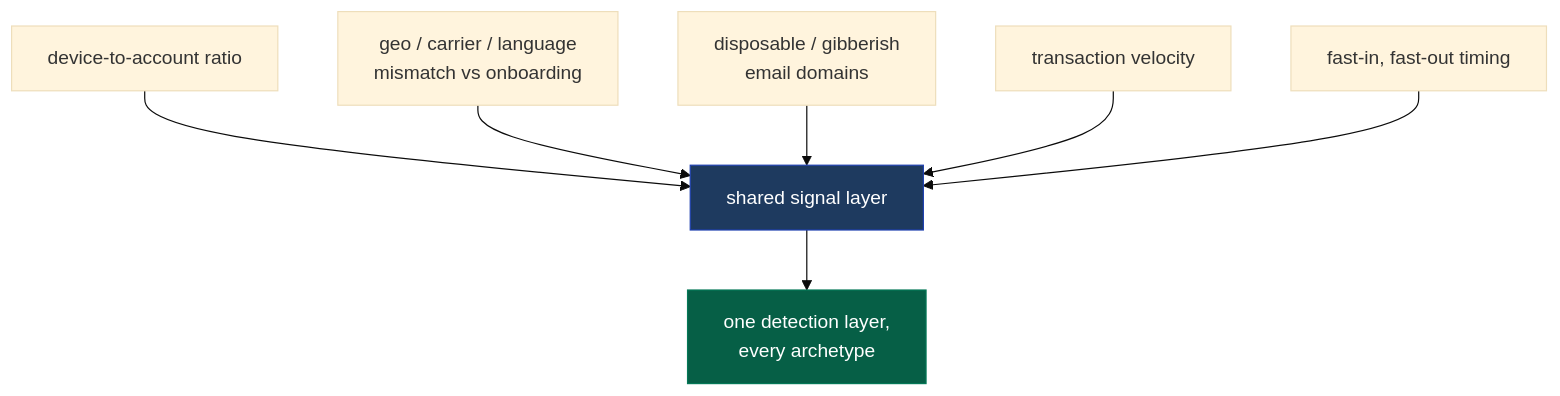
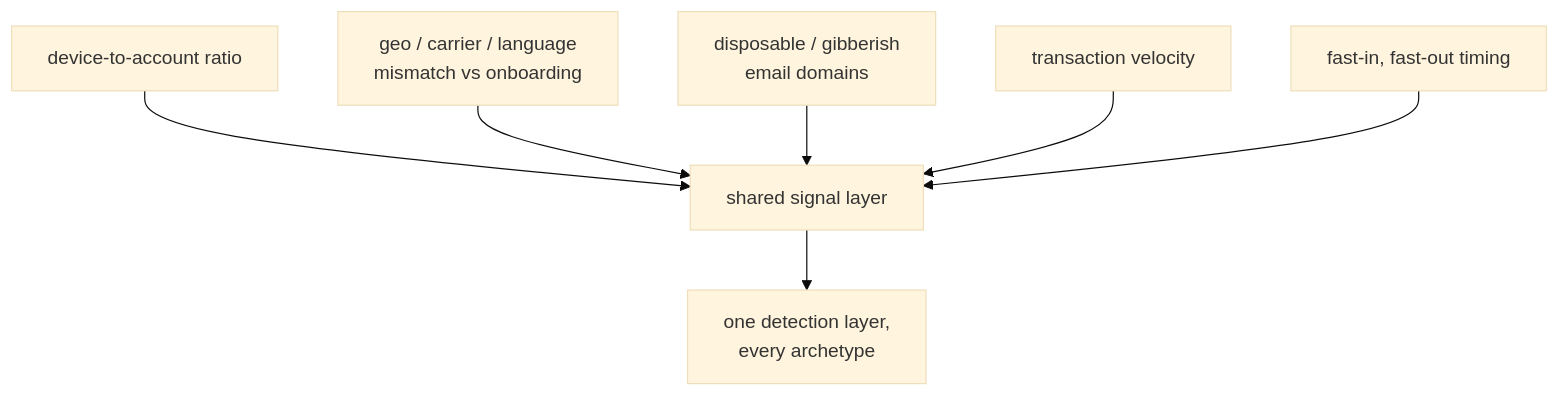
One commit to pradhann/np changed the second of 2 diagrams in content/work/the-fraud-archetypes.mdx. Above: the diagram before and after it, drawn with Mermaid (base theme). The commit also changed other lines of this file and 37 other files, not shown here.

````diff
--- a/content/work/the-fraud-archetypes.mdx
+++ b/content/work/the-fraud-archetypes.mdx
@@ -41,12 +36,9 @@
 ```mermaid
 flowchart TB
     S1["device-to-account ratio"] --> F["shared signal layer"]
     S2["geo / carrier / language<br/>mismatch vs onboarding"] --> F
     S3["disposable / gibberish<br/>email domains"] --> F
     S4["transaction velocity"] --> F
     S5["fast-in, fast-out timing"] --> F
     F --> R["one detection layer,<br/>every archetype"]
-
-    style F fill:#1e3a5f,stroke:#1e40af,color:#fff
-    style R fill:#065f46,stroke:#047857,color:#fff
 ```
````
